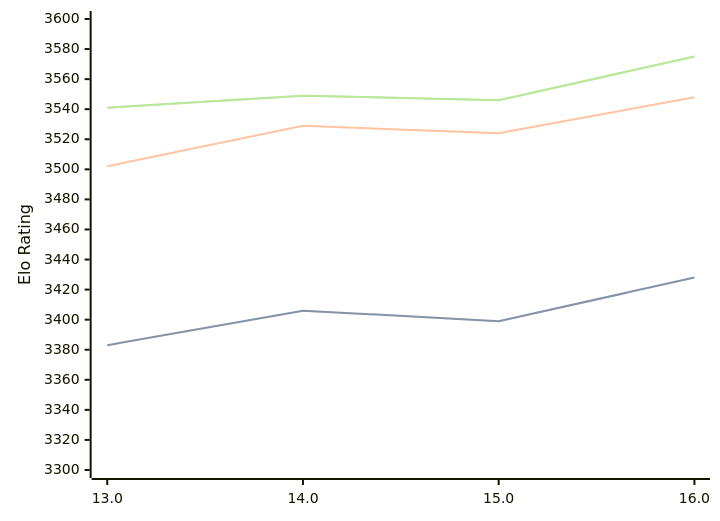
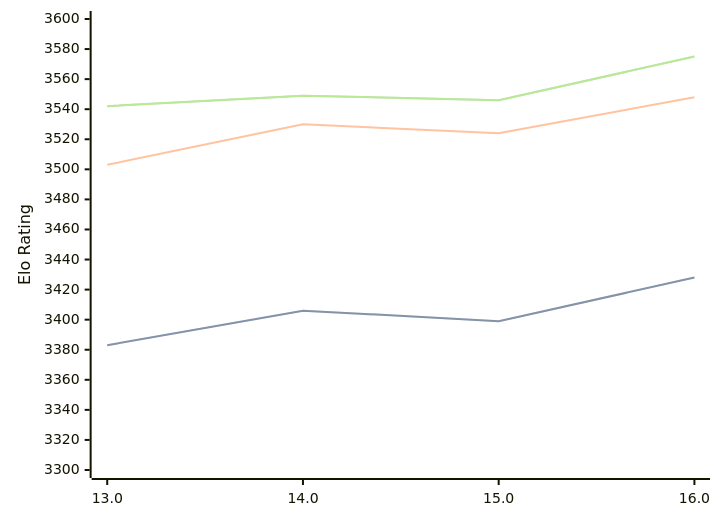
Before and after one commit to computer-chess-index/cci: the diagram in engines/Obsidian.md, drawn with Mermaid. The commit also changed other lines of this file, not shown here.

Commit message:
Update CCI Ratings (ELO VLTC) - 2026-08-10

````diff
--- a/engines/Obsidian.md
+++ b/engines/Obsidian.md
@@ -34,11 +34,11 @@
 ```mermaid
 %%{init: {"theme":"base","themeVariables":{"seriesColors:['#a3a3a3','#222221','#faa371']}}}%%
 xychart-beta
   x-axis ["13.0", "14.0", "15.0", "16.0"]
   y-axis "Elo Rating" 3300 --> 3600
   line "STC (8.0+0.08s)" [3383, 3406, 3399, 3428]
   line "STC (8.0+0.08s)" [3383, 3406, 3399, 3428]
-  line "LTC (60.0+0.60s)" [3502, 3529, 3524, 3548]
-  line "VLTC (2m24s+1.12s)" [3541, 3549, 3546, 3575]
-  line "VLTC (2m24s+1.12s)" [3541, 3549, 3546, 3575]
+  line "LTC (60.0+0.60s)" [3503, 3530, 3524, 3548]
+  line "VLTC (2m24s+1.12s)" [3542, 3549, 3546, 3575]
+  line "VLTC (2m24s+1.12s)" [3542, 3549, 3546, 3575]
 ```
````
